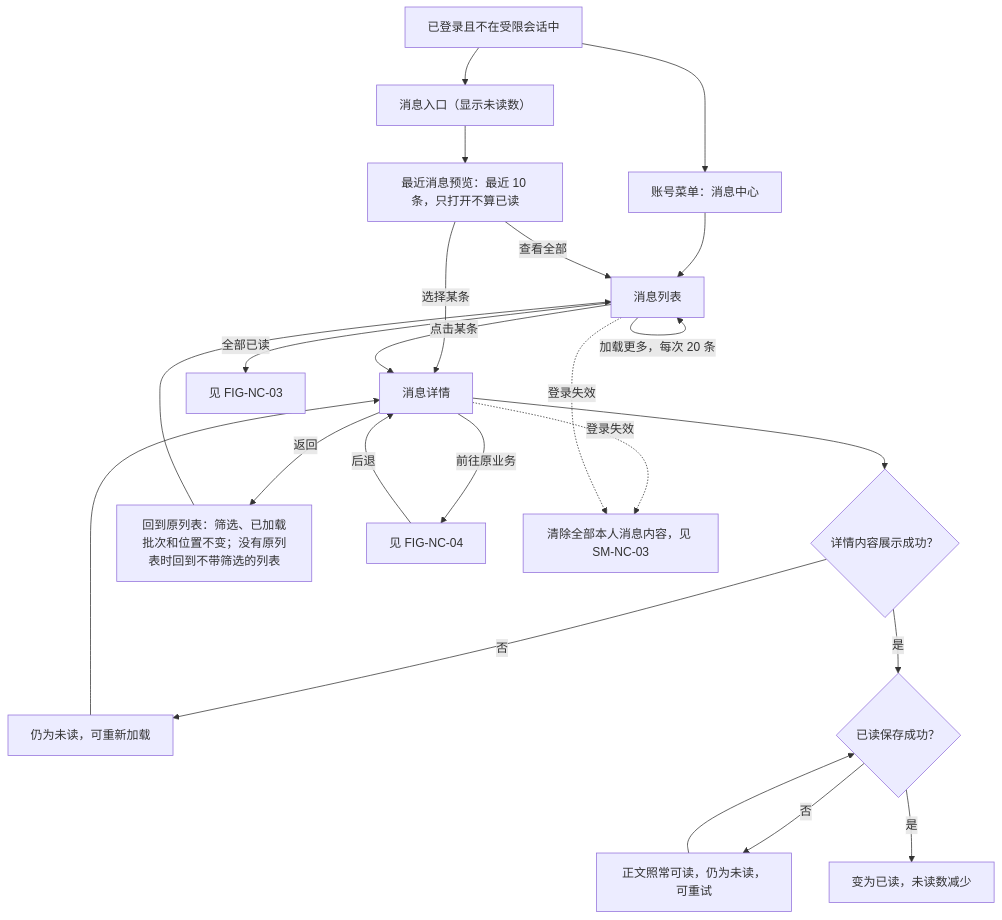
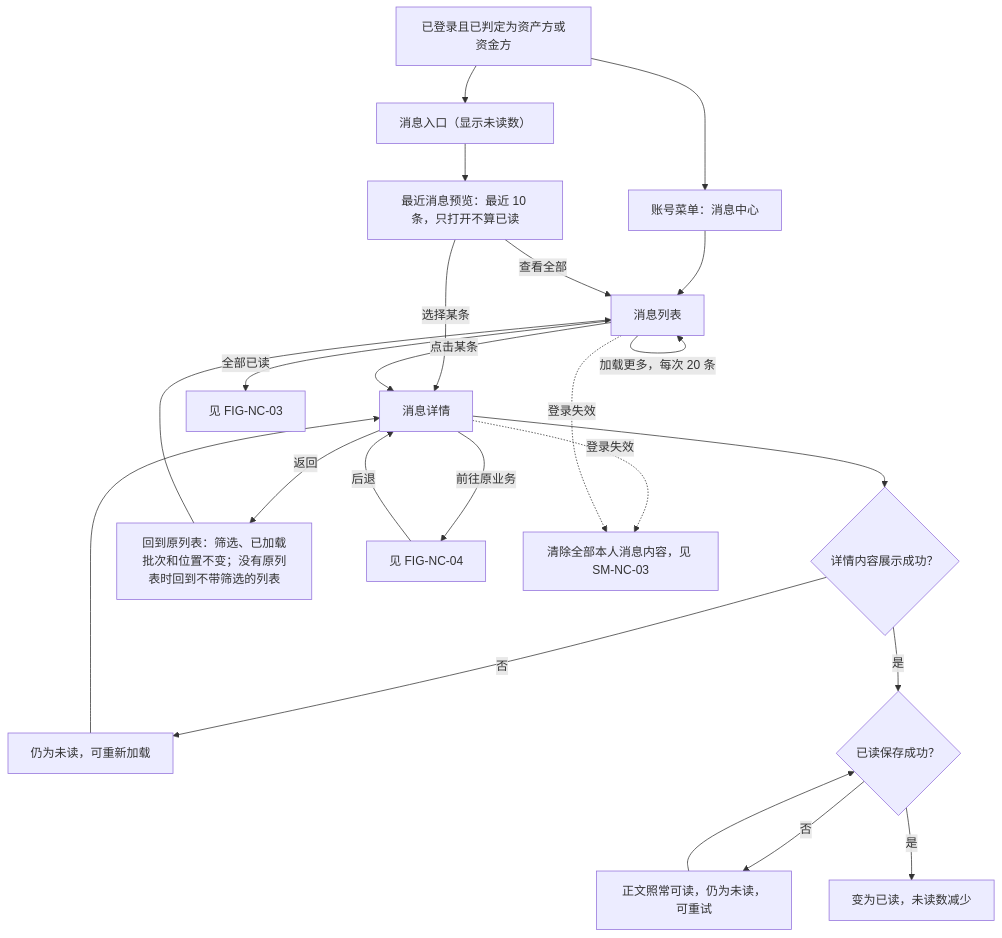
Before and after one commit to wxblockchain/Chain-Financing: the second of 8 diagrams in lending-platform/PRD/面客端/10-面客消息中心/02-面客消息中心-流程图与状态机.md, drawn with Mermaid. The commit also changed other lines of this file and 14 other files, not shown here.

````diff
--- a/lending-platform/PRD/面客端/10-面客消息中心/02-面客消息中心-流程图与状态机.md
+++ b/lending-platform/PRD/面客端/10-面客消息中心/02-面客消息中心-流程图与状态机.md
@@ -41,26 +41,26 @@
 ```mermaid
 flowchart TD
-    A["已登录且不在受限会话中"] --> B["消息入口（显示未读数）"]
+    A["已登录且已判定为资产方或资金方"] --> B["消息入口（显示未读数）"]
     B --> C["最近消息预览：最近 10 条，只打开不算已读"]
     A --> D["账号菜单：消息中心"]
     D --> E["消息列表"]
     C -->|查看全部| E
     C -->|选择某条| F["消息详情"]
     E -->|点击某条| F
     E -->|按分类、阅读状态筛选| E
     E -->|加载更多，每次 20 条| E
     E -->|全部已读| ALL["见 FIG-NC-03"]
     F --> G{"详情内容展示成功？"}
     G -->|否| H["仍为未读，可重新加载"]
     H --> F
     G -->|是| I{"已读保存成功？"}
     I -->|否| J["正文照常可读，仍为未读，可重试"]
     J --> I
     I -->|是| K["变为已读，未读数减少"]
     F -->|返回| R["回到原列表：筛选、已加载批次和位置不变；没有原列表时回到不带筛选的列表"]
     R --> E
     F -->|前往原业务| T["见 FIG-NC-04"]
     T -->|后退| F
     F -.->|登录失效| S["清除全部本人消息内容，见 SM-NC-03"]
     E -.->|登录失效| S
 ```
````
